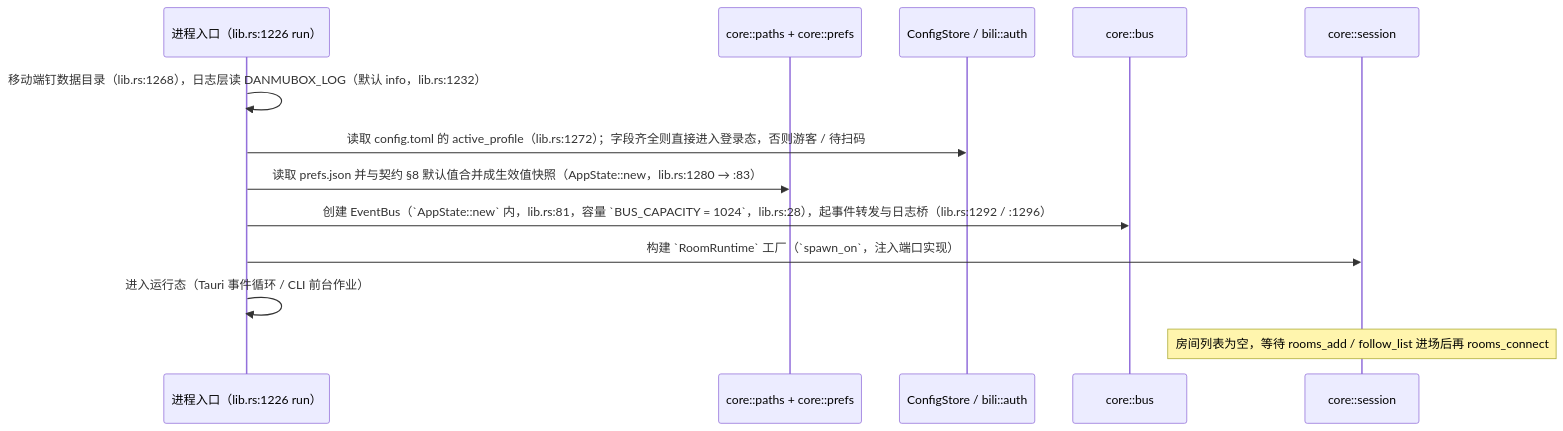
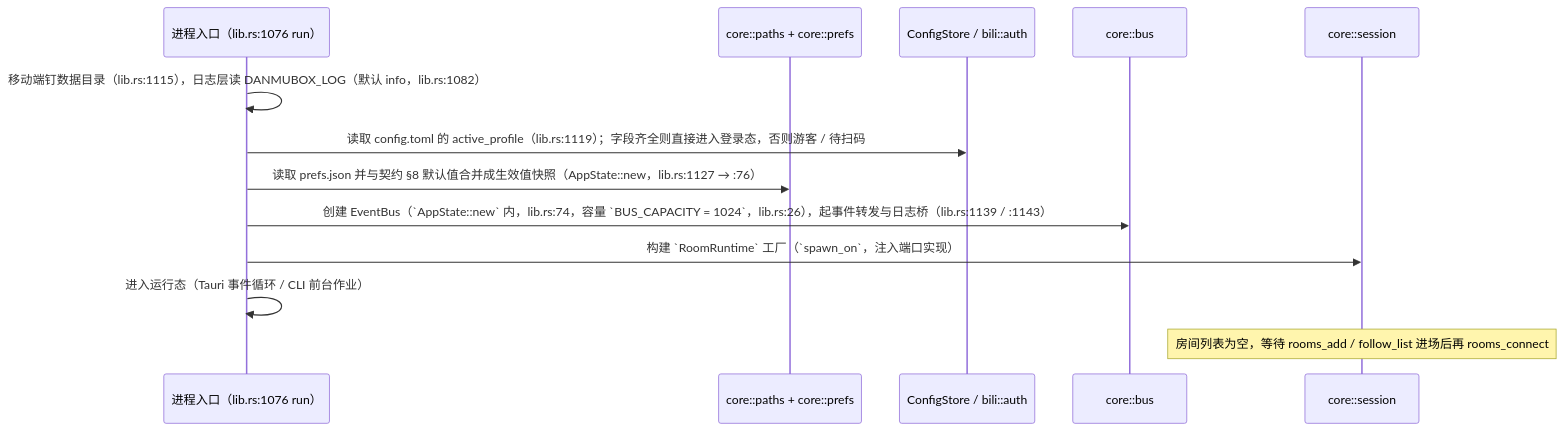
Before and after one commit to HakaseZ/danmubox: the sixth of 6 diagrams in docs/architecture.md, drawn with Mermaid. The commit also changed other lines of this file and 81 other files, not shown here.

First line of the commit message:
feat(workspace): 三端图标、macOS 产物整包签名、刷屏折叠改造、砍掉一键诊断

````diff
--- a/docs/architecture.md
+++ b/docs/architecture.md
@@ -345,15 +339,15 @@
 ```mermaid
 sequenceDiagram
-  participant P as 进程入口（lib.rs:1226 run）
+  participant P as 进程入口（lib.rs:1076 run）
   participant F as core::paths + core::prefs
   participant A as ConfigStore / bili::auth
   participant B as core::bus
   participant S as core::session
-  P->>P: 移动端钉数据目录（lib.rs:1268），日志层读 DANMUBOX_LOG（默认 info，lib.rs:1232）
-  P->>A: 读取 config.toml 的 active_profile（lib.rs:1272）；字段齐全则直接进入登录态，否则游客 / 待扫码
-  P->>F: 读取 prefs.json 并与契约 §8 默认值合并成生效值快照（AppState::new，lib.rs:1280 → :83）
-  P->>B: 创建 EventBus（`AppState::new` 内，lib.rs:81，容量 `BUS_CAPACITY = 1024`，lib.rs:28），起事件转发与日志桥（lib.rs:1292 / :1296）
+  P->>P: 移动端钉数据目录（lib.rs:1115），日志层读 DANMUBOX_LOG（默认 info，lib.rs:1082）
+  P->>A: 读取 config.toml 的 active_profile（lib.rs:1119）；字段齐全则直接进入登录态，否则游客 / 待扫码
+  P->>F: 读取 prefs.json 并与契约 §8 默认值合并成生效值快照（AppState::new，lib.rs:1127 → :76）
+  P->>B: 创建 EventBus（`AppState::new` 内，lib.rs:74，容量 `BUS_CAPACITY = 1024`，lib.rs:26），起事件转发与日志桥（lib.rs:1139 / :1143）
   P->>S: 构建 `RoomRuntime` 工厂（`spawn_on`，注入端口实现）
   P->>P: 进入运行态（Tauri 事件循环 / CLI 前台作业）
   Note over S: 房间列表为空，等待 rooms_add / follow_list 进场后再 rooms_connect
 ```
````
